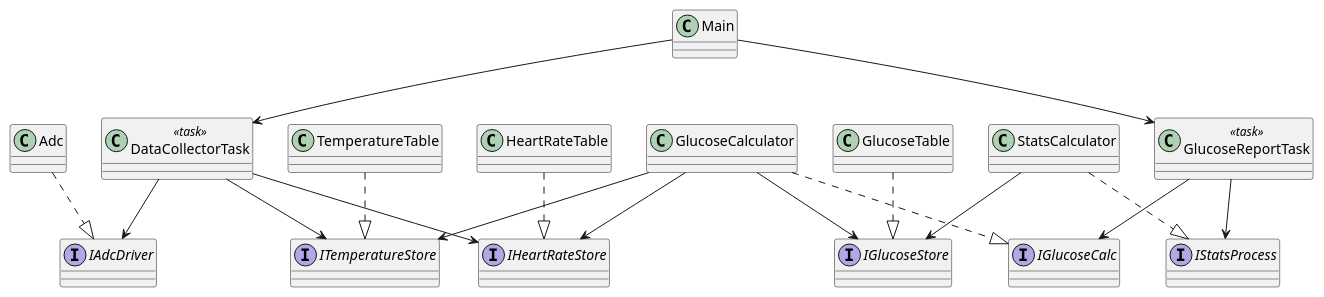
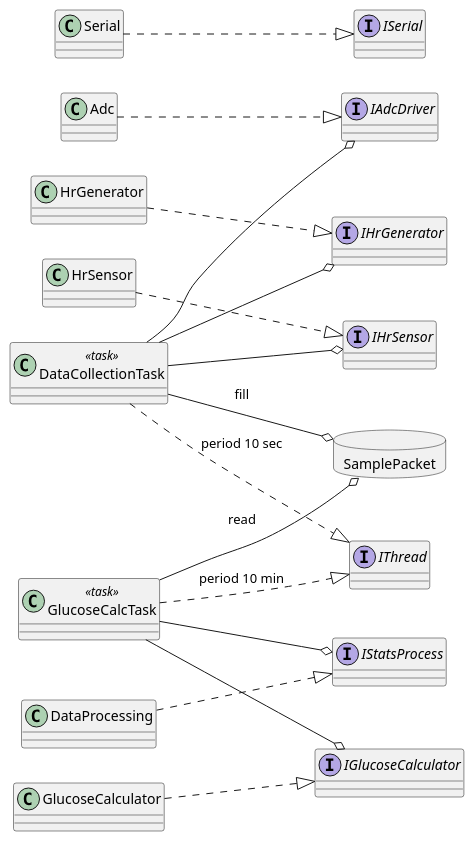
One commit to 1xXENDXx1/Kurs changed the diagram in kurs.adoc. Above: the diagram before and after it, drawn with PlantUML. The commit also changed other lines of this file and 1 other file, not shown here.

```diff
--- a/kurs.adoc
+++ b/kurs.adoc
@@ -435,73 +476,62 @@
-[plantuml, architecture_simple, svg]
+[plantuml, png]
 ----
 @startuml
-'-----------------------------------------------
-'  Стили для интерфейсов
-'-----------------------------------------------
+
+allowmixing 
+' ── визуальное оформление ─────────────────────────
 skinparam interfaceBackgroundColor HoneyDew
 skinparam interfaceBorderColor     DarkSeaGreen
+left to right direction
 
-'-----------------------------------------------
-'  Интерфейсы
-'-----------------------------------------------
+' ── interfaces ────────────────────────────────────
+interface IThread
 interface IAdcDriver
-interface ITemperatureStore
-interface IHeartRateStore
-interface IGlucoseStore
-interface IGlucoseCalc
+interface IHrGenerator
+interface IHrSensor
+interface IGlucoseCalculator
 interface IStatsProcess
+interface ISerial
 
-'-----------------------------------------------
-'  Реализации
-'-----------------------------------------------
+' ── utilities ─────────────────────────────────────
+class Serial        
+
+' ── hardware drivers ─────────────────────────────
 class Adc
-class TemperatureTable
-class HeartRateTable
-class GlucoseTable
+class HrGenerator
+class HrSensor
+
+' ── computing modules ────────────────────────────
 class GlucoseCalculator
-class StatsCalculator
+class DataProcessing
 
-'-----------------------------------------------
-'  RTOS‑задачи
-'-----------------------------------------------
-class DataCollectorTask <<task>>
-class GlucoseReportTask <<task>>
+' ── data structures ──────────────────────────────
+database SamplePacket
 
-'-----------------------------------------------
-'  Точка входа
-'-----------------------------------------------
-class Main
+' ── RTOS tasks ────────────────────────────────────
+class DataCollectionTask <<task>>
+class GlucoseCalcTask    <<task>>
 
-'-----------------------------------------------
-'  Реализация интерфейсов
-'-----------------------------------------------
+' ── interface implementation ─────────────────────
 Adc               ..|> IAdcDriver
-TemperatureTable  ..|> ITemperatureStore
-HeartRateTable    ..|> IHeartRateStore
-GlucoseTable      ..|> IGlucoseStore
-GlucoseCalculator ..|> IGlucoseCalc
-StatsCalculator   ..|> IStatsProcess
+HrGenerator       ..|> IHrGenerator
+HrSensor          ..|> IHrSensor
+GlucoseCalculator ..|> IGlucoseCalculator
+DataProcessing    ..|> IStatsProcess
+Serial            ..|> ISerial
 
-'-----------------------------------------------
-'  Зависимости (через интерфейсы)
-'-----------------------------------------------
-DataCollectorTask --> IAdcDriver
-DataCollectorTask --> ITemperatureStore
-DataCollectorTask --> IHeartRateStore
+DataCollectionTask ..|> IThread : period 10 sec
+GlucoseCalcTask    ..|> IThread : period 10 min
 
-GlucoseCalculator --> ITemperatureStore
-GlucoseCalculator --> IHeartRateStore
-GlucoseCalculator --> IGlucoseStore
+' ── dependencies (through interfaces) ────────────
+DataCollectionTask --o IAdcDriver
+DataCollectionTask --o IHrGenerator
+DataCollectionTask --o IHrSensor
 
-StatsCalculator   --> IGlucoseStore
+GlucoseCalcTask    --o IGlucoseCalculator
+GlucoseCalcTask    --o IStatsProcess
 
-GlucoseReportTask --> IGlucoseCalc
-GlucoseReportTask --> IStatsProcess
+DataCollectionTask --o SamplePacket : fill
+GlucoseCalcTask   --o SamplePacket : read
 
-Main --> DataCollectorTask
-Main --> GlucoseReportTask
 @enduml
-
-
-
 ----
```
